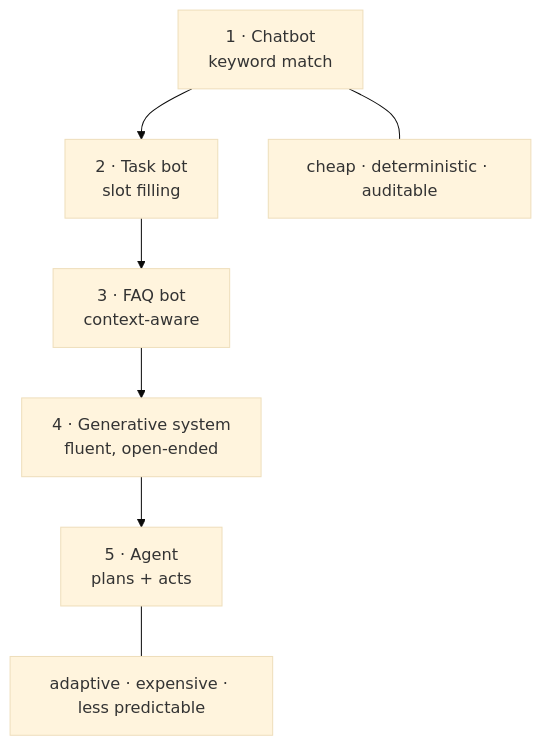
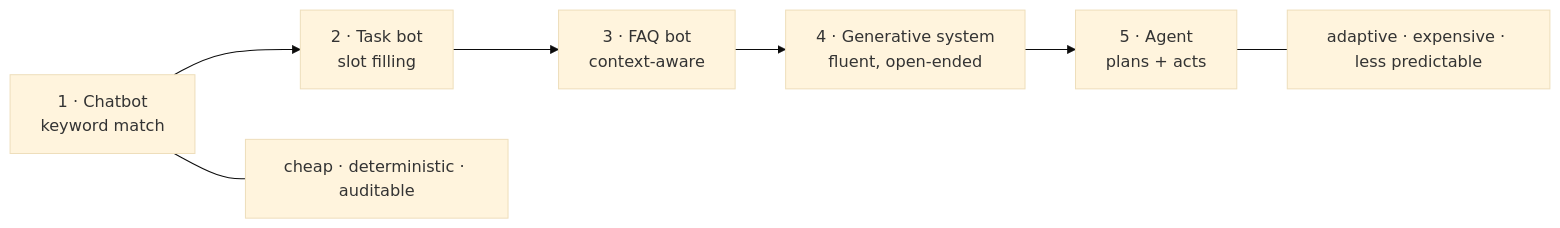
Before and after one commit to sanjaykumarpushadapu/MTech: the first of 12 diagrams in 2026-2027-Sem1/AIMLCZG521-ConversationalAI/notes/S01-foundations.md, drawn with Mermaid (base theme). The commit also changed 2 other files, not shown here.

````diff
--- a/2026-2027-Sem1/AIMLCZG521-ConversationalAI/notes/S01-foundations.md
+++ b/2026-2027-Sem1/AIMLCZG521-ConversationalAI/notes/S01-foundations.md
@@ -33,9 +33,9 @@
 ```mermaid
-flowchart TD
+flowchart LR
     A["1 · Chatbot<br/>keyword match"] --> B["2 · Task bot<br/>slot filling"]
     B --> C["3 · FAQ bot<br/>context-aware"]
     C --> D["4 · Generative system<br/>fluent, open-ended"]
     D --> E["5 · Agent<br/>plans + acts"]
     A --- L["cheap · deterministic · auditable"]
     E --- R["adaptive · expensive · less predictable"]
 ```
````
